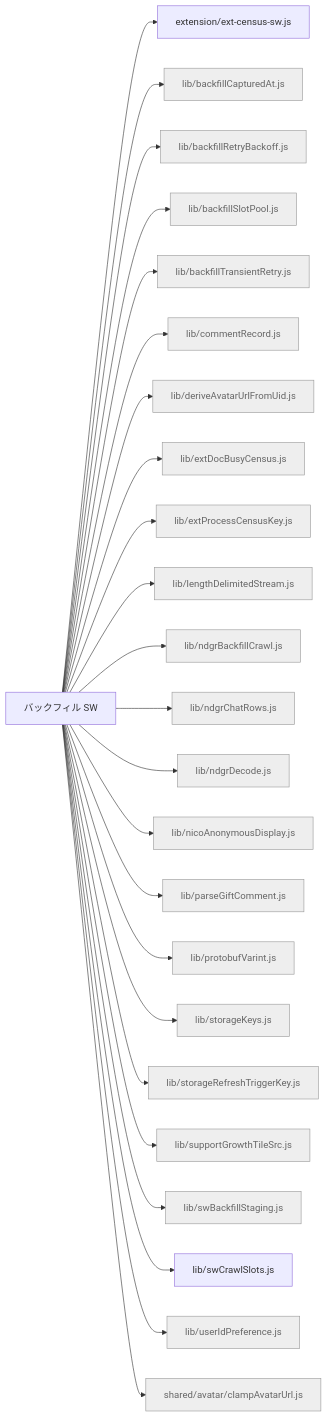
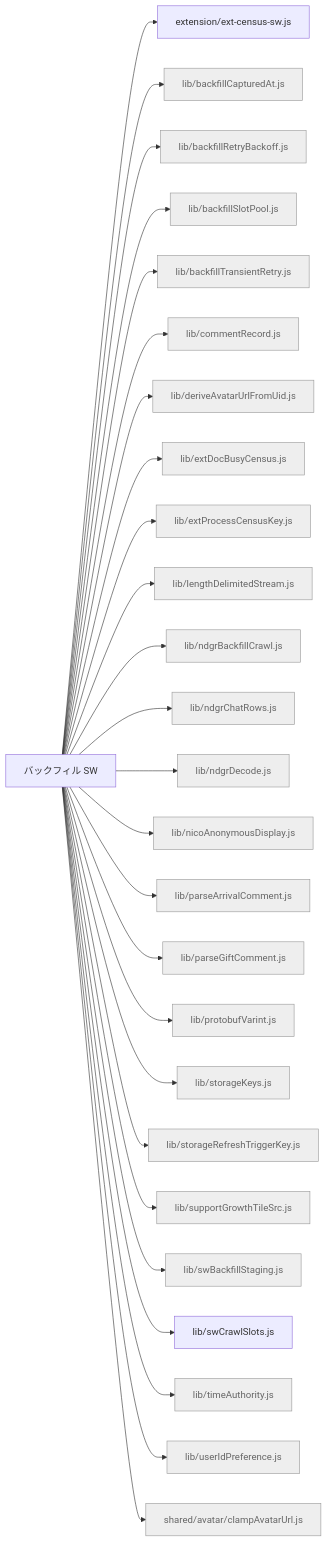
Before and after one commit to kimito-link/tsuioku-no-kirameki.com: the diagram in docs/feature-map/backfill-sw.md, drawn with Mermaid. The commit also changed 53 other files, not shown here.

````diff
--- a/docs/feature-map/backfill-sw.md
+++ b/docs/feature-map/backfill-sw.md
@@ -13,28 +13,30 @@
 ```mermaid
 graph LR
   n_backfill_sw["バックフィル SW"]
   n_backfill_sw --> n_src_extension_ext_census_sw_js["extension/ext-census-sw.js"]
   n_backfill_sw --> n_src_lib_backfillCapturedAt_js["lib/backfillCapturedAt.js"]:::shared
   n_backfill_sw --> n_src_lib_backfillRetryBackoff_js["lib/backfillRetryBackoff.js"]:::shared
   n_backfill_sw --> n_src_lib_backfillSlotPool_js["lib/backfillSlotPool.js"]:::shared
   n_backfill_sw --> n_src_lib_backfillTransientRetry_js["lib/backfillTransientRetry.js"]:::shared
   n_backfill_sw --> n_src_lib_commentRecord_js["lib/commentRecord.js"]:::shared
   n_backfill_sw --> n_src_lib_deriveAvatarUrlFromUid_js["lib/deriveAvatarUrlFromUid.js"]:::shared
   n_backfill_sw --> n_src_lib_extDocBusyCensus_js["lib/extDocBusyCensus.js"]:::shared
   n_backfill_sw --> n_src_lib_extProcessCensusKey_js["lib/extProcessCensusKey.js"]:::shared
   n_backfill_sw --> n_src_lib_lengthDelimitedStream_js["lib/lengthDelimitedStream.js"]:::shared
   n_backfill_sw --> n_src_lib_ndgrBackfillCrawl_js["lib/ndgrBackfillCrawl.js"]:::shared
   n_backfill_sw --> n_src_lib_ndgrChatRows_js["lib/ndgrChatRows.js"]:::shared
   n_backfill_sw --> n_src_lib_ndgrDecode_js["lib/ndgrDecode.js"]:::shared
   n_backfill_sw --> n_src_lib_nicoAnonymousDisplay_js["lib/nicoAnonymousDisplay.js"]:::shared
+  n_backfill_sw --> n_src_lib_parseArrivalComment_js["lib/parseArrivalComment.js"]:::shared
   n_backfill_sw --> n_src_lib_parseGiftComment_js["lib/parseGiftComment.js"]:::shared
   n_backfill_sw --> n_src_lib_protobufVarint_js["lib/protobufVarint.js"]:::shared
   n_backfill_sw --> n_src_lib_storageKeys_js["lib/storageKeys.js"]:::shared
   n_backfill_sw --> n_src_lib_storageRefreshTriggerKey_js["lib/storageRefreshTriggerKey.js"]:::shared
   n_backfill_sw --> n_src_lib_supportGrowthTileSrc_js["lib/supportGrowthTileSrc.js"]:::shared
   n_backfill_sw --> n_src_lib_swBackfillStaging_js["lib/swBackfillStaging.js"]:::shared
   n_backfill_sw --> n_src_lib_swCrawlSlots_js["lib/swCrawlSlots.js"]
+  n_backfill_sw --> n_src_lib_timeAuthority_js["lib/timeAuthority.js"]:::shared
   n_backfill_sw --> n_src_lib_userIdPreference_js["lib/userIdPreference.js"]:::shared
   n_backfill_sw --> n_src_shared_avatar_clampAvatarUrl_js["shared/avatar/clampAvatarUrl.js"]:::shared
   classDef shared fill:#eee,stroke:#999,color:#666;
 ```
````
